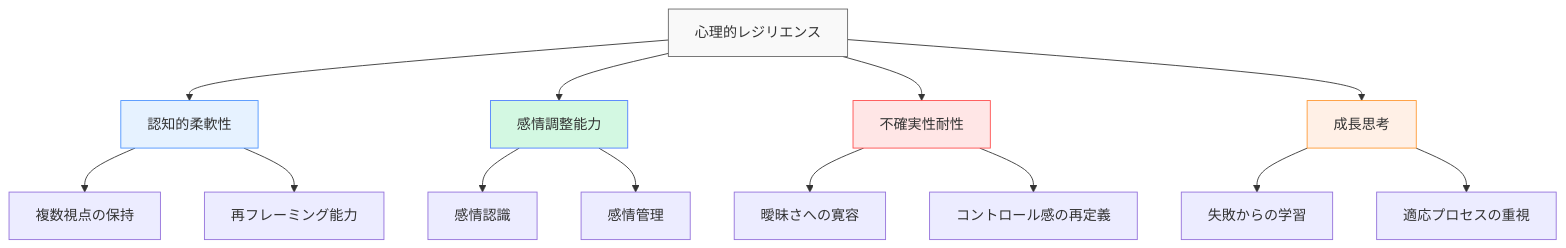
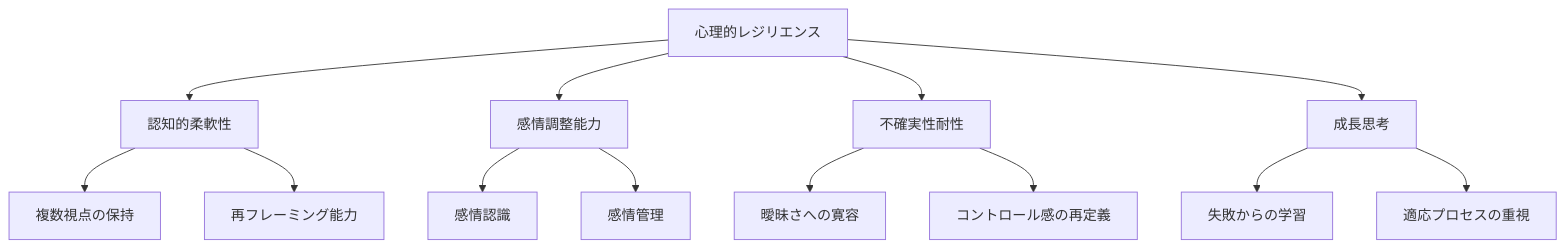
One commit to shuji-bonji/Situational-Awareness-and-Decision-Making changed the eighth of 9 diagrams in docs/decision-making-guide/uncertainty.md. Above: the diagram before and after it, drawn with Mermaid. The commit also changed other lines of this file and 49 other files, not shown here.

Commit message:
fix: ダークモードで見づらい図の色の変更

````diff
--- a/docs/decision-making-guide/uncertainty.md
+++ b/docs/decision-making-guide/uncertainty.md
@@ -617,25 +617,25 @@
 ```mermaid
 graph TD
     A[心理的レジリエンス] --> B[認知的柔軟性]
     A --> C[感情調整能力]
     A --> D[不確実性耐性]
     A --> E[成長思考]
     
     B --> B1[複数視点の保持]
     B --> B2[再フレーミング能力]
     
     C --> C1[感情認識]
     C --> C2[感情管理]
     
     D --> D1[曖昧さへの寛容]
     D --> D2[コントロール感の再定義]
     
     E --> E1[失敗からの学習]
     E --> E2[適応プロセスの重視]
     
-    style A fill:#f9f9f9,stroke:#666
-    style B fill:#e6f2ff,stroke:#4d94ff
-    style C fill:#d3f8e2,stroke:#4d7fff
-    style D fill:#ffe6e6,stroke:#ff4d4d
-    style E fill:#fff0e6,stroke:#ff9933
+
+
+
+
+
 ```
````
